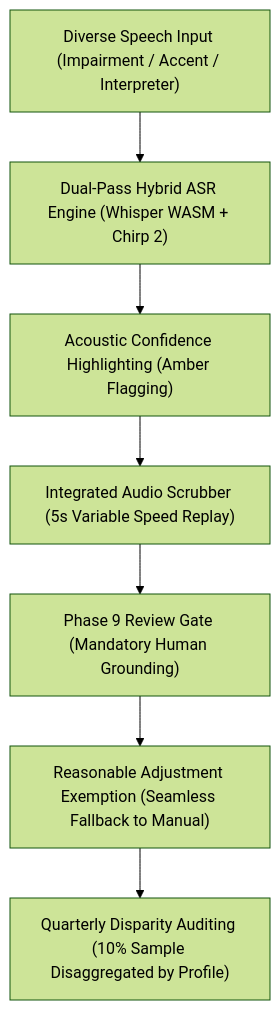
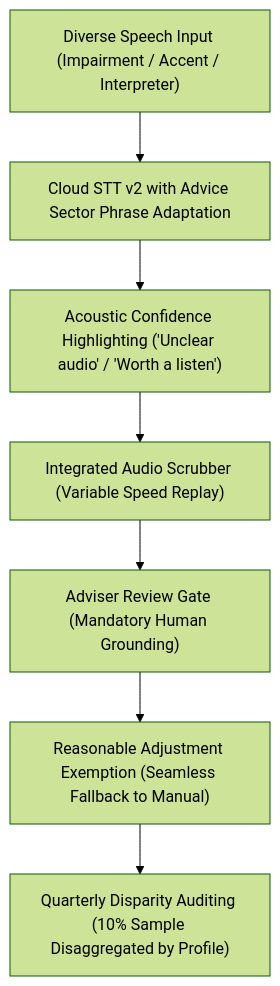
One commit to AdviceIntelligence/case-ace-v2 changed the diagram in docs/governance/equality-impact-assessment.md. Above: the diagram before and after it, drawn with Mermaid (forest theme). The commit also changed other lines of this file and 25 other files, not shown here.

Commit message:
fix(pilot): sovereign London Cloud STT v2, audio chunker, telemetry alignment, and credential revocation

````diff
--- a/docs/governance/equality-impact-assessment.md
+++ b/docs/governance/equality-impact-assessment.md
@@ -82,9 +82,10 @@
 ```mermaid
 flowchart TD
-    A["Diverse Speech Input (Impairment / Accent / Interpreter)"] --> B["Dual-Pass Hybrid ASR Engine (Whisper WASM + Chirp 2)"]
-    B --> C["Acoustic Confidence Highlighting (Amber Flagging)"]
-    C --> D["Integrated Audio Scrubber (5s Variable Speed Replay)"]
-    D --> E["Phase 9 Review Gate (Mandatory Human Grounding)"]
+    A["Diverse Speech Input (Impairment / Accent / Interpreter)"] --> B["Cloud STT v2 with Advice Sector Phrase Adaptation"]
+    C["Acoustic Confidence Highlighting ('Unclear audio' / 'Worth a listen')"]
+    B --> C
+    C --> D["Integrated Audio Scrubber (Variable Speed Replay)"]
+    D --> E["Adviser Review Gate (Mandatory Human Grounding)"]
     E --> F["Reasonable Adjustment Exemption (Seamless Fallback to Manual)"]
     F --> G["Quarterly Disparity Auditing (10% Sample Disaggregated by Profile)"]
 ```
````
